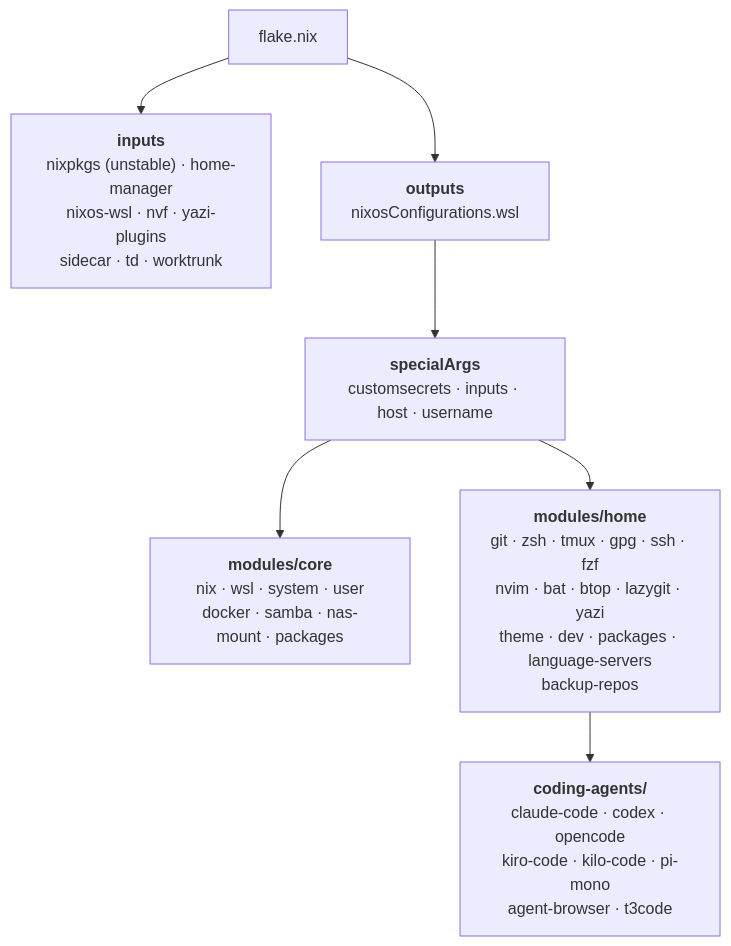
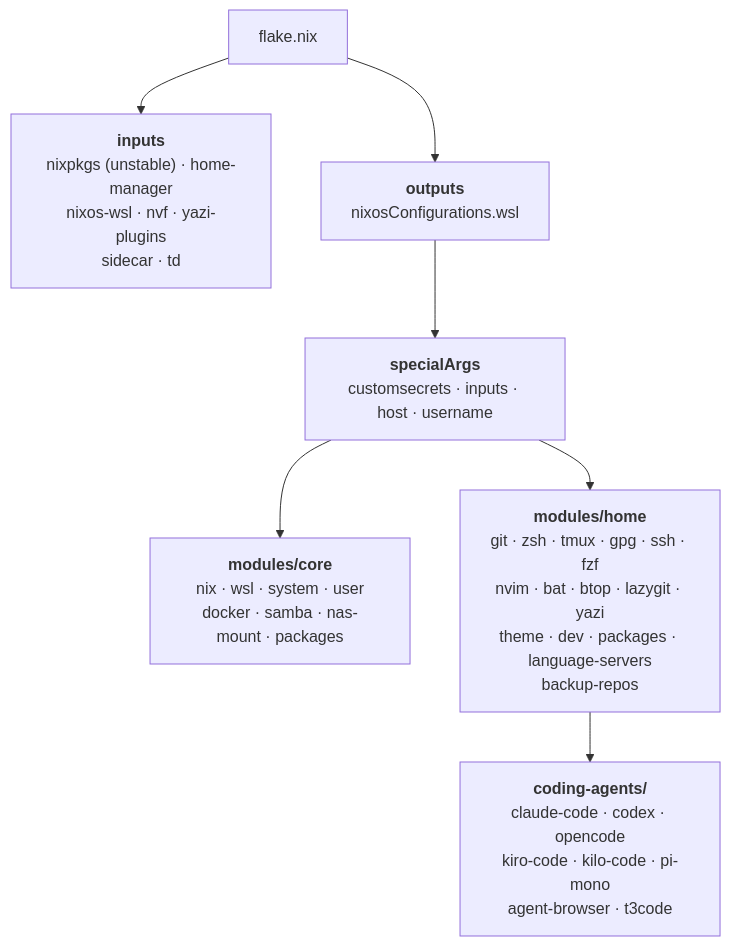
One commit to MoshPitLabs/moshpitcodes.wsl.nix changed the first of 2 diagrams in README.md. Above: the diagram before and after it, drawn with Mermaid. The commit also changed other lines of this file and 11 other files, not shown here.

````diff
--- a/README.md
+++ b/README.md
@@ -95,17 +95,17 @@
 ```mermaid
 flowchart TD
     flake["flake.nix"]
-    inputs["<b>inputs</b><br/>nixpkgs (unstable) · home-manager<br/>nixos-wsl · nvf · yazi-plugins<br/>sidecar · td · worktrunk"]
+    inputs["<b>inputs</b><br/>nixpkgs (unstable) · home-manager<br/>nixos-wsl · nvf · yazi-plugins<br/>sidecar · td"]
     wsl["<b>outputs</b><br/>nixosConfigurations.wsl"]
     args["<b>specialArgs</b><br/>customsecrets · inputs · host · username"]
     core["<b>modules/core</b><br/>nix · wsl · system · user<br/>docker · samba · nas-mount · packages"]
     home["<b>modules/home</b><br/>git · zsh · tmux · gpg · ssh · fzf<br/>nvim · bat · btop · lazygit · yazi<br/>theme · dev · packages · language-servers<br/>backup-repos"]
     agents["<b>coding-agents/</b><br/>claude-code · codex · opencode<br/>kiro-code · kilo-code · pi-mono<br/>agent-browser · t3code"]
 
     flake --> inputs
     flake --> wsl
     wsl --> args
     args --> core
     args --> home
     home --> agents
 ```
````
